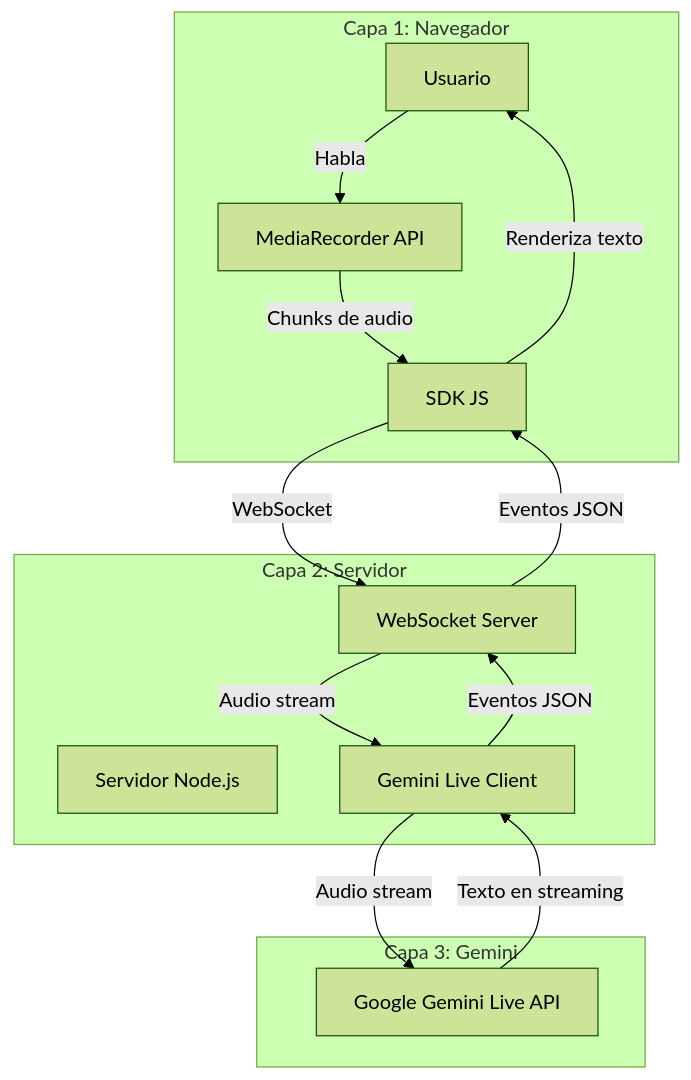
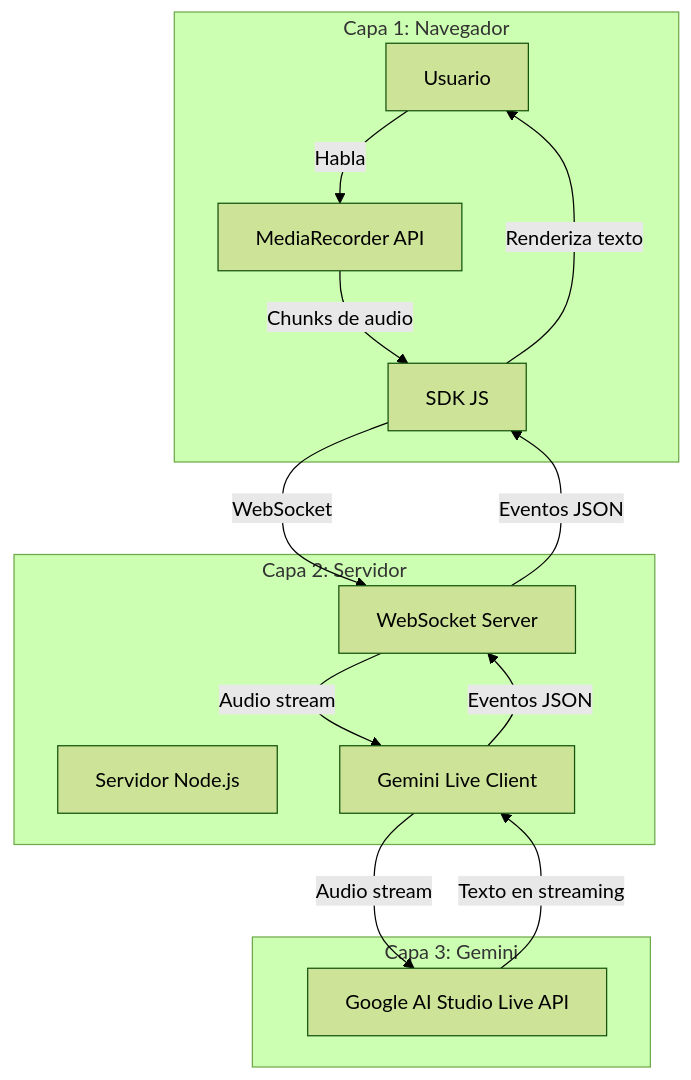
The first of 2 diagrams in docs/architecture.md (jpgil/chaman-ear), drawn with Mermaid (forest theme) before and after one commit. The commit also changed other lines of this file and 3 other files, not shown here.

Commit message:
docs: rename Gemini Live API to Google AI Studio Live API throughout the project

````diff
--- a/docs/architecture.md
+++ b/docs/architecture.md
@@ -13,28 +13,28 @@
 ```mermaid
 graph TD
     subgraph "Capa 1: Navegador"
         User[Usuario]
         SDK[SDK JS]
         MediaRecorder[MediaRecorder API]
     end
 
     subgraph "Capa 2: Servidor"
         Server[Servidor Node.js]
         WebSocketServer[WebSocket Server]
         GeminiClient[Gemini Live Client]
     end
 
     subgraph "Capa 3: Gemini"
-        GeminiAPI[Google Gemini Live API]
+        GeminiAPI[Google AI Studio Live API]
     end
 
     User -->|Habla| MediaRecorder
     MediaRecorder -->|Chunks de audio| SDK
     SDK -->|WebSocket| WebSocketServer
     WebSocketServer -->|Audio stream| GeminiClient
     GeminiClient -->|Audio stream| GeminiAPI
     GeminiAPI -->|Texto en streaming| GeminiClient
     GeminiClient -->|Eventos JSON| WebSocketServer
     WebSocketServer -->|Eventos JSON| SDK
     SDK -->|Renderiza texto| User
 ```
````
